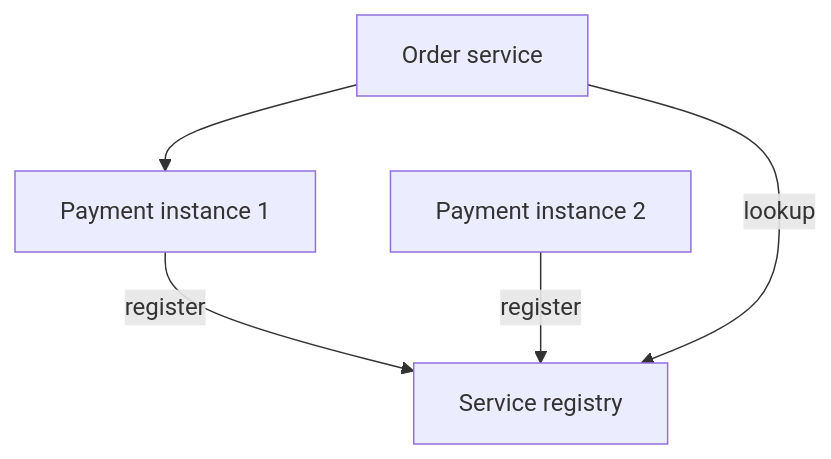
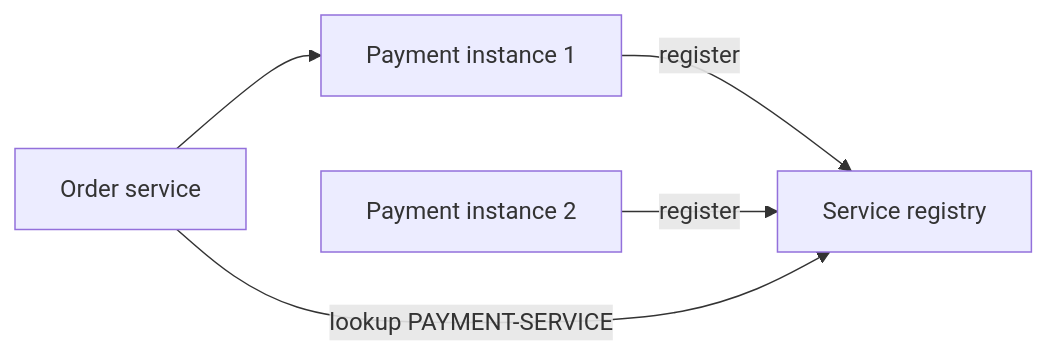
Before and after one commit to hareramcse/SystemDesign: the ninth of 22 diagrams in 08-microservices/README.md, drawn with Mermaid. The commit also changed other lines of this file and 14 other files, not shown here.

````diff
--- a/08-microservices/README.md
+++ b/08-microservices/README.md
@@ -1444,7 +951,7 @@
 ```mermaid
-flowchart TB
+flowchart LR
     P1[Payment instance 1] -->|register| REG[Service registry]
     P2[Payment instance 2] -->|register| REG
-    OR[Order service] -->|lookup| REG
+    OR[Order service] -->|lookup PAYMENT-SERVICE| REG
     OR --> P1
 ```
````
